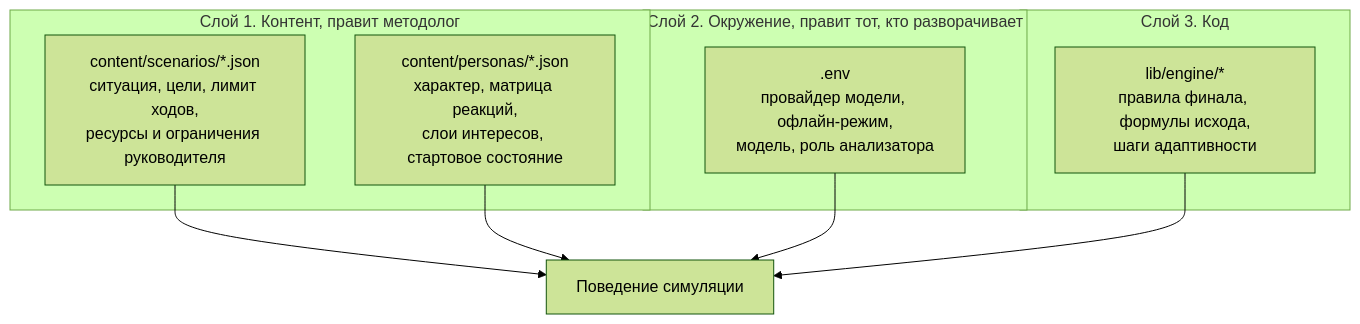
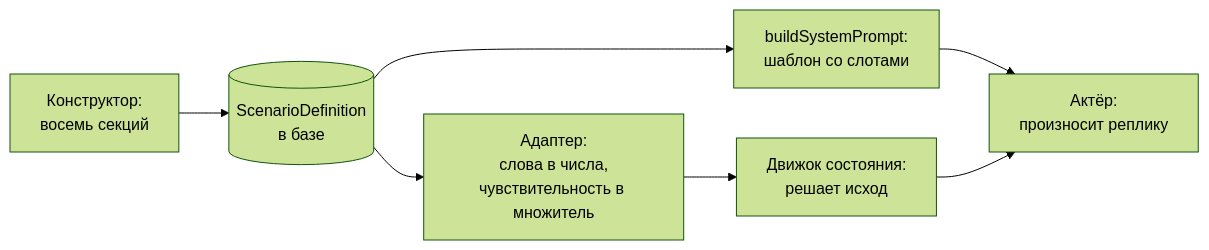
The diagram in docs-site/architecture/configuration.md (dontdoitno/lct-negotiation), drawn with Mermaid (forest theme) before and after one commit. The commit also changed other lines of this file and 27 other files, not shown here.

````diff
--- a/docs-site/architecture/configuration.md
+++ b/docs-site/architecture/configuration.md
@@ -9,20 +9,9 @@
 ```mermaid
-flowchart TB
-    subgraph L1["Слой 1. Контент, правит методолог"]
-        SC["content/scenarios/*.json<br/>ситуация, цели, лимит ходов,<br/>ресурсы и ограничения руководителя"]
-        PE["content/personas/*.json<br/>характер, матрица реакций,<br/>слои интересов, стартовое состояние"]
-    end
-
-    subgraph L2["Слой 2. Окружение, правит тот, кто разворачивает"]
-        ENV[".env<br/>провайдер модели, офлайн-режим,<br/>модель, роль анализатора"]
-    end
-
-    subgraph L3["Слой 3. Код"]
-        ENGINE["lib/engine/*<br/>правила финала, формулы исхода,<br/>шаги адаптивности"]
-    end
-
-    SC --> RUN["Поведение симуляции"]
-    PE --> RUN
-    ENV --> RUN
-    ENGINE --> RUN
+flowchart LR
+    ADMIN["Конструктор:<br/>восемь секций"] --> DB[("ScenarioDefinition<br/>в базе")]
+    DB --> ADAPT["Адаптер:<br/>слова в числа,<br/>чувствительность в множитель"]
+    DB --> PROMPT["buildSystemPrompt:<br/>шаблон со слотами"]
+    ADAPT --> ENGINE["Движок состояния:<br/>решает исход"]
+    PROMPT --> ACTOR["Актёр:<br/>произносит реплику"]
+    ENGINE --> ACTOR
 ```
````
